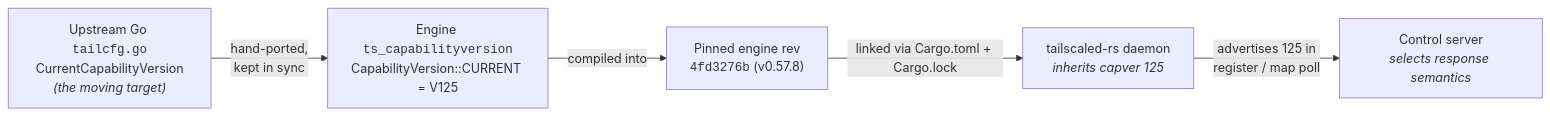
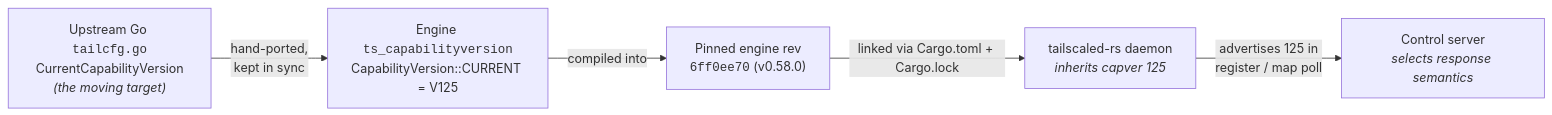
The diagram in docs/ENGINE.md (GeiserX/tailscaled-rs), drawn with Mermaid before and after one commit. The commit also changed other lines of this file and 5 other files, not shown here.

````diff
--- a/docs/ENGINE.md
+++ b/docs/ENGINE.md
@@ -207,8 +207,8 @@
 ```mermaid
 flowchart LR
     GO["Upstream Go <code>tailcfg.go</code><br/>CurrentCapabilityVersion<br/><i>(the moving target)</i>"]
       -->|"hand-ported,<br/>kept in sync"| ENG_SRC["Engine <code>ts_capabilityversion</code><br/>CapabilityVersion::CURRENT = V125"]
-    ENG_SRC -->|"compiled into"| REV["Pinned engine rev<br/><code>4fd3276b</code> (v0.57.8)"]
+    ENG_SRC -->|"compiled into"| REV["Pinned engine rev<br/><code>6ff0ee70</code> (v0.58.0)"]
     REV -->|"linked via Cargo.toml + Cargo.lock"| DAEMON["tailscaled-rs daemon<br/><i>inherits capver 125</i>"]
     DAEMON -->|"advertises 125 in<br/>register / map poll"| CTRL["Control server<br/><i>selects response semantics</i>"]
 ```
````
